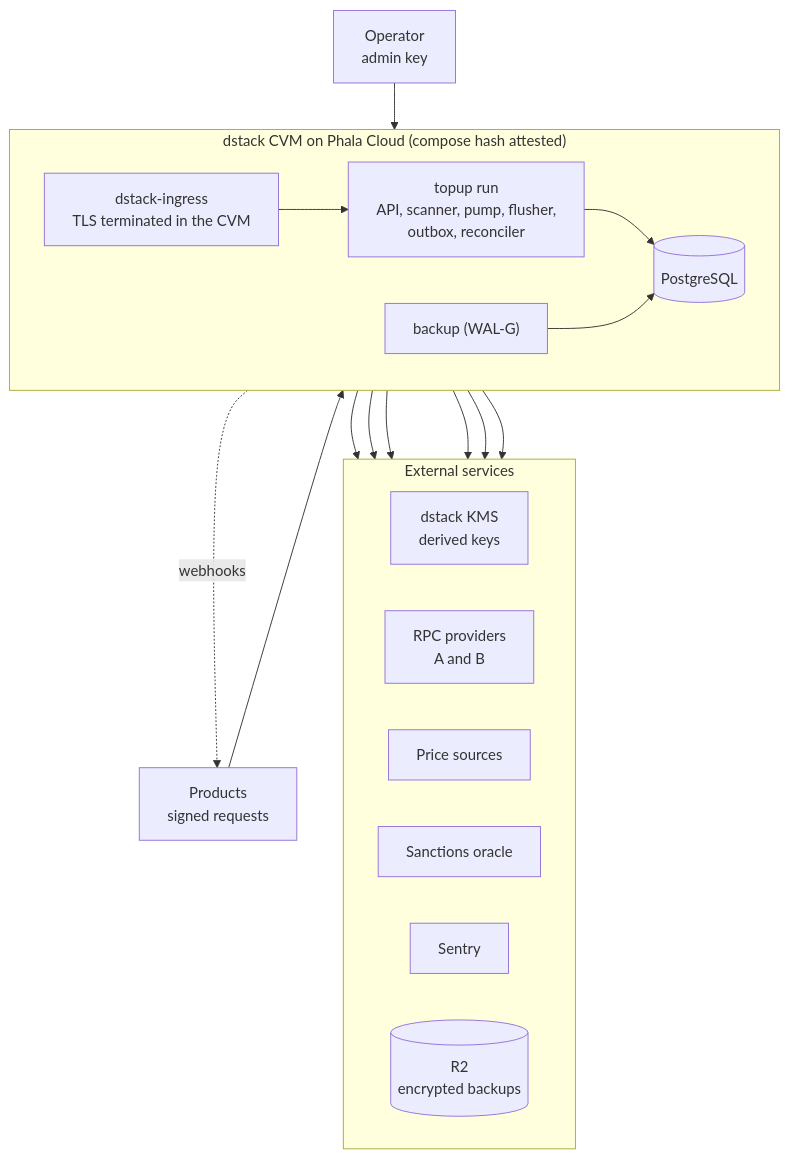
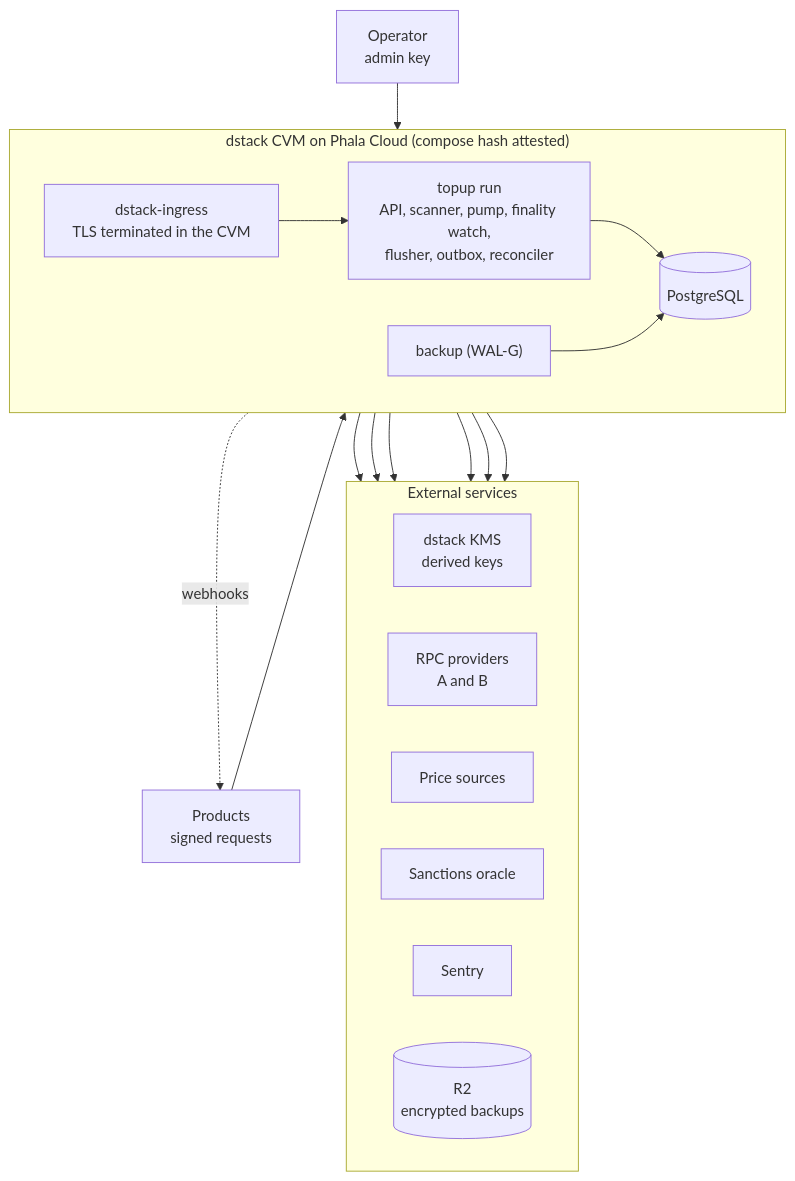
The first of 3 diagrams in docs/architecture.md (Phala-Network/crypto-topup-service), drawn with Mermaid before and after one commit. The commit also changed other lines of this file and 73 other files, not shown here.

````diff
--- a/docs/architecture.md
+++ b/docs/architecture.md
@@ -155,28 +165,28 @@
 ```mermaid
 flowchart TB
     products["Products<br/>signed requests"]
     admin["Operator<br/>admin key"]
     subgraph cvm["dstack CVM on Phala Cloud (compose hash attested)"]
         direction LR
         ingress["dstack-ingress<br/>TLS terminated in the CVM"]
-        topup["topup run<br/>API, scanner, pump, flusher,<br/>outbox, reconciler"]
+        topup["topup run<br/>API, scanner, pump, finality watch,<br/>flusher, outbox, reconciler"]
         pg[("PostgreSQL")]
         backup["backup (WAL-G)"]
         ingress --> topup --> pg
         backup --> pg
     end
     subgraph ext["External services"]
         direction LR
         kms["dstack KMS<br/>derived keys"]
         rpc["RPC providers<br/>A and B"]
         prices["Price sources"]
         oracle["Sanctions oracle"]
         sentry["Sentry"]
         r2[("R2<br/>encrypted backups")]
     end
     products --> ingress
     admin --> ingress
     topup -.->|"webhooks"| products
     topup --> kms & rpc & prices & oracle & sentry
     backup --> r2
 ```
````
